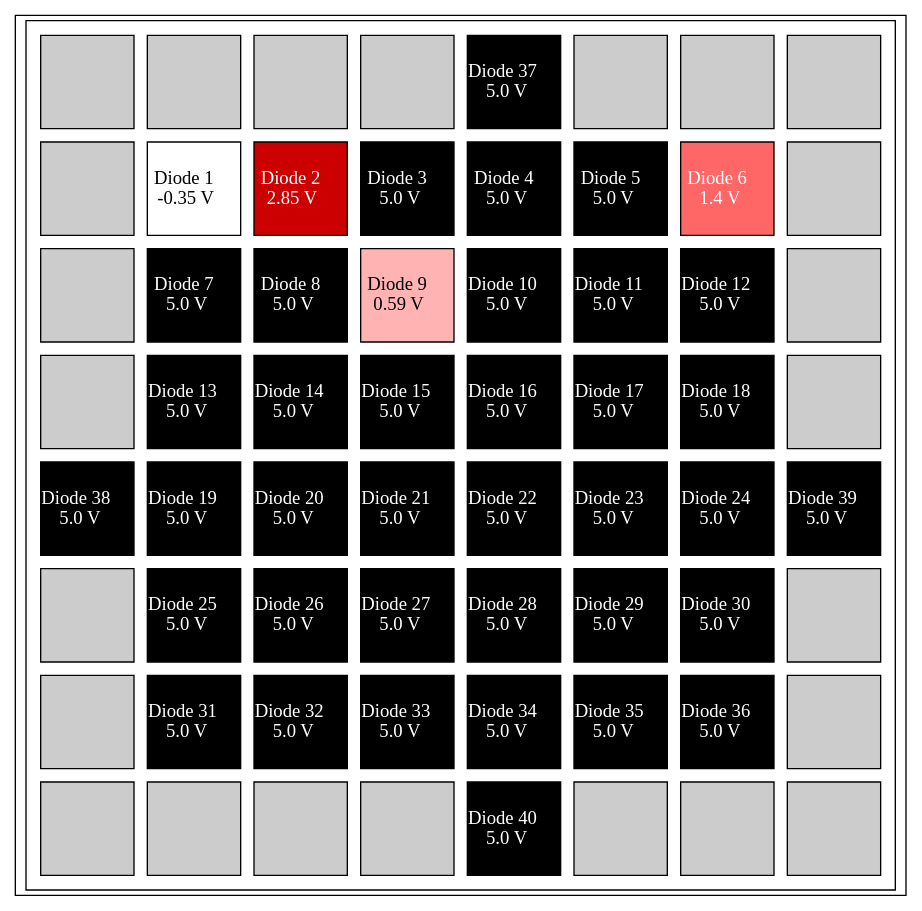
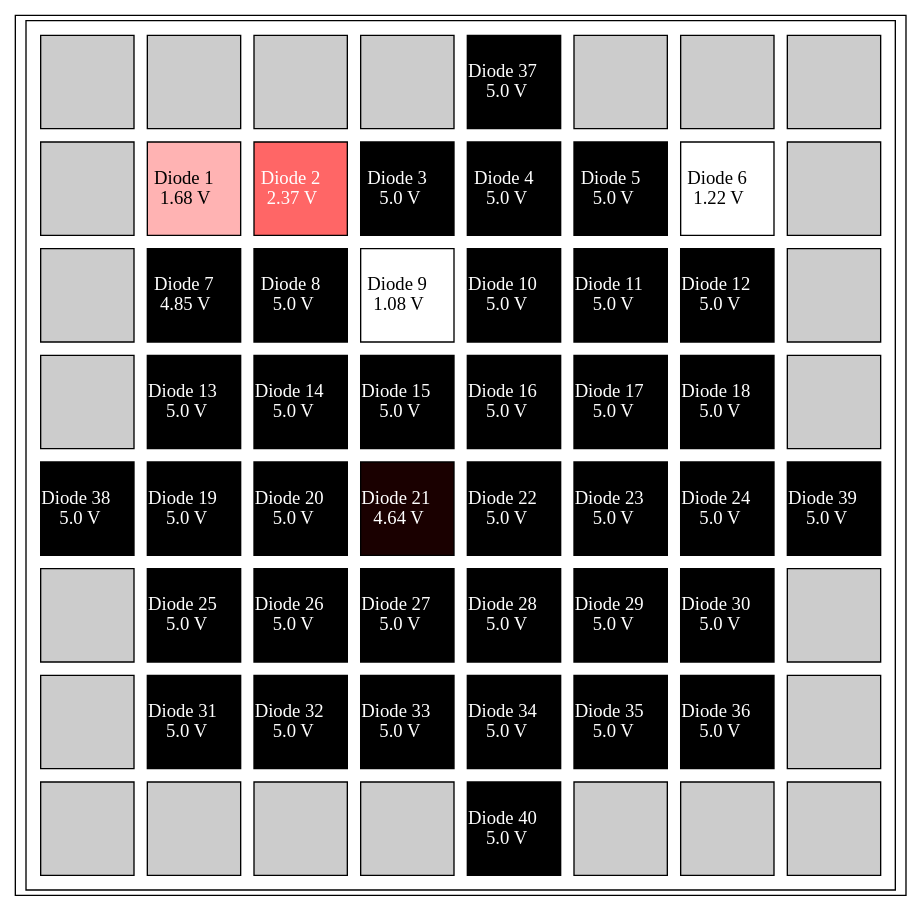
The diagram in array_table.gv (Karan-Takh/Diode-Dosimetry-Array), drawn with Graphviz before and after one commit. The commit also changed 2 other files, not shown here.

```diff
--- a/array_table.gv
+++ b/array_table.gv
@@ -1,195 +1,195 @@
 graph array_table {
 	node [shape=rectangle]
 	"Diode Array" [label=<<TABLE cellspacing="10">
     <TR>
         <TD bgcolor="#cccccc" fixedsize="true" width="70" height="70"></TD>
 
         <TD bgcolor="#cccccc" fixedsize="true" width="70" height="70"></TD>
 
         <TD bgcolor="#cccccc" fixedsize="true" width="70" height="70"></TD>
 
         <TD bgcolor="#cccccc" fixedsize="true" width="70" height="70"></TD>
 
         <TD bgcolor="#000000" fixedsize="true" width="70"
         height="70"><FONT COLOR="white">Diode 37 <BR align="center" /> 5.0 V</FONT></TD>
 
         <TD bgcolor="#cccccc" fixedsize="true" width="70" height="70"></TD>
 
         <TD bgcolor="#cccccc" fixedsize="true" width="70" height="70"></TD>
 
         <TD bgcolor="#cccccc" fixedsize="true" width="70" height="70"></TD>
     </TR>
 
 
     <TR>
         <TD bgcolor="#cccccc" fixedsize="true" width="70" height="70"></TD>
 
-        <TD bgcolor="#ffffff" fixedsize="true" width="70"
-        height="70"><FONT COLOR="black">Diode 1 <BR align="center" /> -0.35 V</FONT></TD>
+        <TD bgcolor="#ffb3b3" fixedsize="true" width="70"
+        height="70"><FONT COLOR="black">Diode 1 <BR align="center" /> 1.68 V</FONT></TD>
 
-        <TD bgcolor="#cc0000" fixedsize="true" width="70"
-        height="70"><FONT COLOR="white">Diode 2 <BR align="center" /> 2.85 V</FONT></TD>
+        <TD bgcolor="#ff6666" fixedsize="true" width="70"
+        height="70"><FONT COLOR="white">Diode 2 <BR align="center" /> 2.37 V</FONT></TD>
 
         <TD bgcolor="#000000" fixedsize="true" width="70"
         height="70"><FONT COLOR="white">Diode 3 <BR align="center" /> 5.0 V</FONT></TD>
 
         <TD bgcolor="#000000" fixedsize="true" width="70"
         height="70"><FONT COLOR="white">Diode 4 <BR align="center" /> 5.0 V</FONT></TD>
 
         <TD bgcolor="#000000" fixedsize="true" width="70"
         height="70"><FONT COLOR="white">Diode 5 <BR align="center" /> 5.0 V</FONT></TD>
 
-        <TD bgcolor="#ff6666" fixedsize="true" width="70"
-        height="70"><FONT COLOR="white">Diode 6 <BR align="center" /> 1.4 V</FONT></TD>
+        <TD bgcolor="#ffffff" fixedsize="true" width="70"
+        height="70"><FONT COLOR="black">Diode 6 <BR align="center" /> 1.22 V</FONT></TD>
 
         <TD bgcolor="#cccccc" fixedsize="true" width="70" height="70"></TD>
     </TR>
 
 
     <TR>
         <TD bgcolor="#cccccc" fixedsize="true" width="70" height="70"></TD>
 
         <TD bgcolor="#000000" fixedsize="true" width="70"
-        height="70"><FONT COLOR="white">Diode 7 <BR align="center" /> 5.0 V</FONT></TD>
+        height="70"><FONT COLOR="white">Diode 7 <BR align="center" /> 4.85 V</FONT></TD>
 
         <TD bgcolor="#000000" fixedsize="true" width="70"
         height="70"><FONT COLOR="white">Diode 8 <BR align="center" /> 5.0 V</FONT></TD>
 
-        <TD bgcolor="#ffb3b3" fixedsize="true" width="70"
-        height="70"><FONT COLOR="black">Diode 9 <BR align="center" /> 0.59 V</FONT></TD>
+        <TD bgcolor="#ffffff" fixedsize="true" width="70"
+        height="70"><FONT COLOR="black">Diode 9 <BR align="center" /> 1.08 V</FONT></TD>
 
         <TD bgcolor="#000000" fixedsize="true" width="70"
         height="70"><FONT COLOR="white">Diode 10 <BR align="center" /> 5.0 V</FONT></TD>
 
         <TD bgcolor="#000000" fixedsize="true" width="70"
         height="70"><FONT COLOR="white">Diode 11 <BR align="center" /> 5.0 V</FONT></TD>
 
         <TD bgcolor="#000000" fixedsize="true" width="70"
         height="70"><FONT COLOR="white">Diode 12 <BR align="center" /> 5.0 V</FONT></TD>
 
         <TD bgcolor="#cccccc" fixedsize="true" width="70" height="70"></TD>
     </TR>
 
 
     <TR>
         <TD bgcolor="#cccccc" fixedsize="true" width="70" height="70"></TD>
 
         <TD bgcolor="#000000" fixedsize="true" width="70"
         height="70"><FONT COLOR="white">Diode 13 <BR align="center" /> 5.0 V</FONT></TD>
 
         <TD bgcolor="#000000" fixedsize="true" width="70"
         height="70"><FONT COLOR="white">Diode 14 <BR align="center" /> 5.0 V</FONT></TD>
 
         <TD bgcolor="#000000" fixedsize="true" width="70"
         height="70"><FONT COLOR="white">Diode 15 <BR align="center" /> 5.0 V</FONT></TD>
 
         <TD bgcolor="#000000" fixedsize="true" width="70"
         height="70"><FONT COLOR="white">Diode 16 <BR align="center" /> 5.0 V</FONT></TD>
 
         <TD bgcolor="#000000" fixedsize="true" width="70"
         height="70"><FONT COLOR="white">Diode 17 <BR align="center" /> 5.0 V</FONT></TD>
 
         <TD bgcolor="#000000" fixedsize="true" width="70"
         height="70"><FONT COLOR="white">Diode 18 <BR align="center" /> 5.0 V</FONT></TD>
 
         <TD bgcolor="#cccccc" fixedsize="true" width="70" height="70"></TD>
     </TR>
 
 
     <TR>
         <TD bgcolor="#000000" fixedsize="true" width="70"
         height="70"><FONT COLOR="white">Diode 38 <BR align="center" /> 5.0 V</FONT></TD>
 
         <TD bgcolor="#000000" fixedsize="true" width="70"
         height="70"><FONT COLOR="white">Diode 19 <BR align="center" /> 5.0 V</FONT></TD>
 
         <TD bgcolor="#000000" fixedsize="true" width="70"
         height="70"><FONT COLOR="white">Diode 20 <BR align="center" /> 5.0 V</FONT></TD>
 
-        <TD bgcolor="#000000" fixedsize="true" width="70"
-        height="70"><FONT COLOR="white">Diode 21 <BR align="center" /> 5.0 V</FONT></TD>
+        <TD bgcolor="#1a0000" fixedsize="true" width="70"
+        height="70"><FONT COLOR="white">Diode 21 <BR align="center" /> 4.64 V</FONT></TD>
 
         <TD bgcolor="#000000" fixedsize="true" width="70"
         height="70"><FONT COLOR="white">Diode 22 <BR align="center" /> 5.0 V</FONT></TD>
 
         <TD bgcolor="#000000" fixedsize="true" width="70"
         height="70"><FONT COLOR="white">Diode 23 <BR align="center" /> 5.0 V</FONT></TD>
 
         <TD bgcolor="#000000" fixedsize="true" width="70"
         height="70"><FONT COLOR="white">Diode 24 <BR align="center" /> 5.0 V</FONT></TD>
 
         <TD bgcolor="#000000" fixedsize="true" width="70"
         height="70"><FONT COLOR="white">Diode 39 <BR align="center" /> 5.0 V</FONT></TD>
     </TR>
 
 
     <TR>
         <TD bgcolor="#cccccc" fixedsize="true" width="70" height="70"></TD>
 
         <TD bgcolor="#000000" fixedsize="true" width="70"
         height="70"><FONT COLOR="white">Diode 25 <BR align="center" /> 5.0 V</FONT></TD>
 
         <TD bgcolor="#000000" fixedsize="true" width="70"
         height="70"><FONT COLOR="white">Diode 26 <BR align="center" /> 5.0 V</FONT></TD>
 
         <TD bgcolor="#000000" fixedsize="true" width="70"
         height="70"><FONT COLOR="white">Diode 27 <BR align="center" /> 5.0 V</FONT></TD>
 
         <TD bgcolor="#000000" fixedsize="true" width="70"
         height="70"><FONT COLOR="white">Diode 28 <BR align="center" /> 5.0 V</FONT></TD>
 
         <TD bgcolor="#000000" fixedsize="true" width="70"
         height="70"><FONT COLOR="white">Diode 29 <BR align="center" /> 5.0 V</FONT></TD>
 
         <TD bgcolor="#000000" fixedsize="true" width="70"
         height="70"><FONT COLOR="white">Diode 30 <BR align="center" /> 5.0 V</FONT></TD>
 
         <TD bgcolor="#cccccc" fixedsize="true" width="70" height="70"></TD>
     </TR>
 
 
     <TR>
         <TD bgcolor="#cccccc" fixedsize="true" width="70" height="70"></TD>
 
         <TD bgcolor="#000000" fixedsize="true" width="70"
         height="70"><FONT COLOR="white">Diode 31 <BR align="center" /> 5.0 V</FONT></TD>
 
         <TD bgcolor="#000000" fixedsize="true" width="70"
         height="70"><FONT COLOR="white">Diode 32 <BR align="center" /> 5.0 V</FONT></TD>
 
         <TD bgcolor="#000000" fixedsize="true" width="70"
         height="70"><FONT COLOR="white">Diode 33 <BR align="center" /> 5.0 V</FONT></TD>
 
         <TD bgcolor="#000000" fixedsize="true" width="70"
         height="70"><FONT COLOR="white">Diode 34 <BR align="center" /> 5.0 V</FONT></TD>
 
         <TD bgcolor="#000000" fixedsize="true" width="70"
         height="70"><FONT COLOR="white">Diode 35 <BR align="center" /> 5.0 V</FONT></TD>
 
         <TD bgcolor="#000000" fixedsize="true" width="70"
         height="70"><FONT COLOR="white">Diode 36 <BR align="center" /> 5.0 V</FONT></TD>
 
         <TD bgcolor="#cccccc" fixedsize="true" width="70" height="70"></TD>
     </TR>
 
 
     <TR>
         <TD bgcolor="#cccccc" fixedsize="true" width="70" height="70"></TD>
 
         <TD bgcolor="#cccccc" fixedsize="true" width="70" height="70"></TD>
 
         <TD bgcolor="#cccccc" fixedsize="true" width="70" height="70"></TD>
 
         <TD bgcolor="#cccccc" fixedsize="true" width="70" height="70"></TD>
 
         <TD bgcolor="#000000" fixedsize="true" width="70"
         height="70"><FONT COLOR="white">Diode 40 <BR align="center" /> 5.0 V</FONT></TD>
 
         <TD bgcolor="#cccccc" fixedsize="true" width="70" height="70"></TD>
 
         <TD bgcolor="#cccccc" fixedsize="true" width="70" height="70"></TD>
 
         <TD bgcolor="#cccccc" fixedsize="true" width="70" height="70"></TD>
     </TR>
 </TABLE>>]
 }
```
